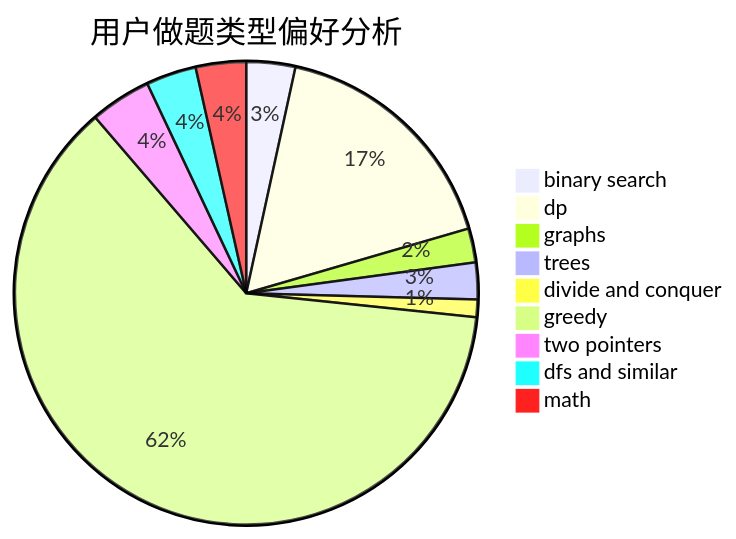
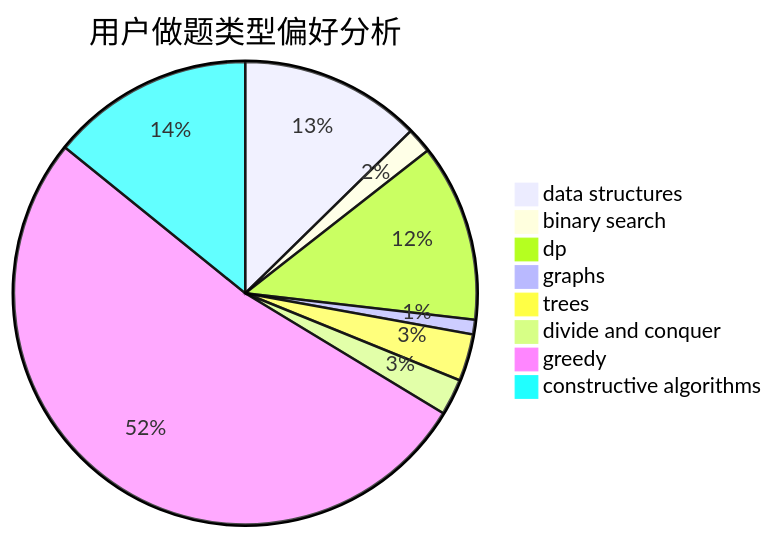
Before and after one commit to sherpahu/cfrs.github.io: the second of 3 diagrams in docs/user/u967.md, drawn with Mermaid. The commit also changed other lines of this file and 2775 other files, not shown here.

````diff
--- a/docs/user/u967.md
+++ b/docs/user/u967.md
@@ -23,12 +23,11 @@
 ```mermaid
 pie title 用户做题类型偏好分析
-    "binary search" :  36
-    "dp" :  180
-    "graphs" :  25
-    "trees" :  27
-    "divide and conquer" :  13
-    "greedy" :  654
-    "two pointers" :  45
-    "dfs and similar" :  37
-    "math" :  37
+    "data structures" :  50
+    "binary search" :  7
+    "dp" :  49
+    "graphs" :  4
+    "trees" :  13
+    "divide and conquer" :  10
+    "greedy" :  206
+    "constructive algorithms" :  56
 ```
````
